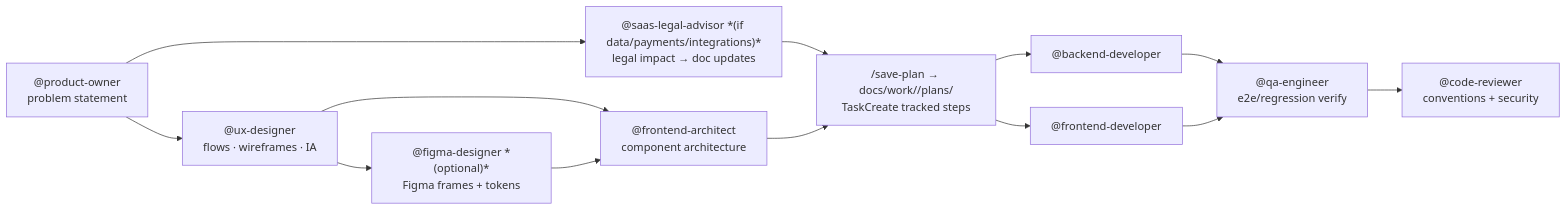
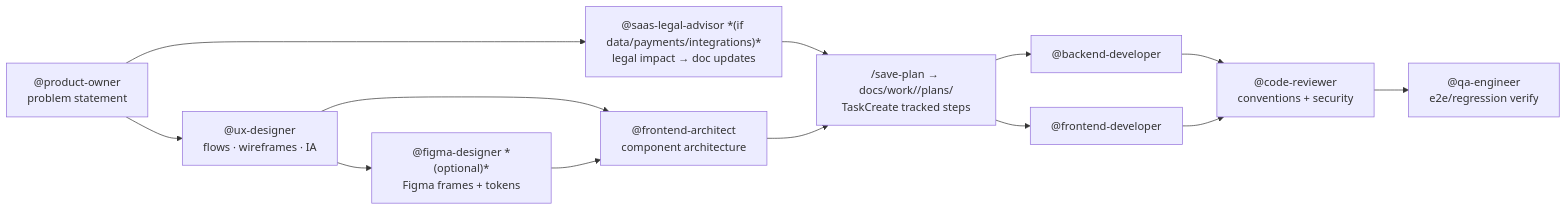
One commit to addit-digital/addit-harness changed the diagram in site/_docs/use-cases.md. Above: the diagram before and after it, drawn with Mermaid. The commit also changed other lines of this file and 25 other files, not shown here.

````diff
--- a/site/_docs/use-cases.md
+++ b/site/_docs/use-cases.md
@@ -19,25 +21,25 @@
 ```mermaid
 flowchart LR
   FI["@product-owner\nproblem statement"]
   LA["@saas-legal-advisor *(if data/payments/integrations)*\nlegal impact → doc updates"]
   UX["@ux-designer\nflows · wireframes · IA"]
   FG["@figma-designer *(optional)*\nFigma frames + tokens"]
   FA["@frontend-architect\ncomponent architecture"]
   SP["/save-plan → docs/work/<slug>/plans/\nTaskCreate tracked steps"]
   BD["@backend-developer"]
   FE["@frontend-developer"]
   QA["@qa-engineer\ne2e/regression verify"]
   CR["@code-reviewer\nconventions + security"]
 
   FI --> LA
   FI --> UX
   LA --> SP
   UX --> FG
   UX --> FA
   FG --> FA
   FA --> SP
   SP --> BD & FE
-  BD --> QA
-  FE --> QA
-  QA --> CR
+  BD --> CR
+  FE --> CR
+  CR --> QA
 ```
````
